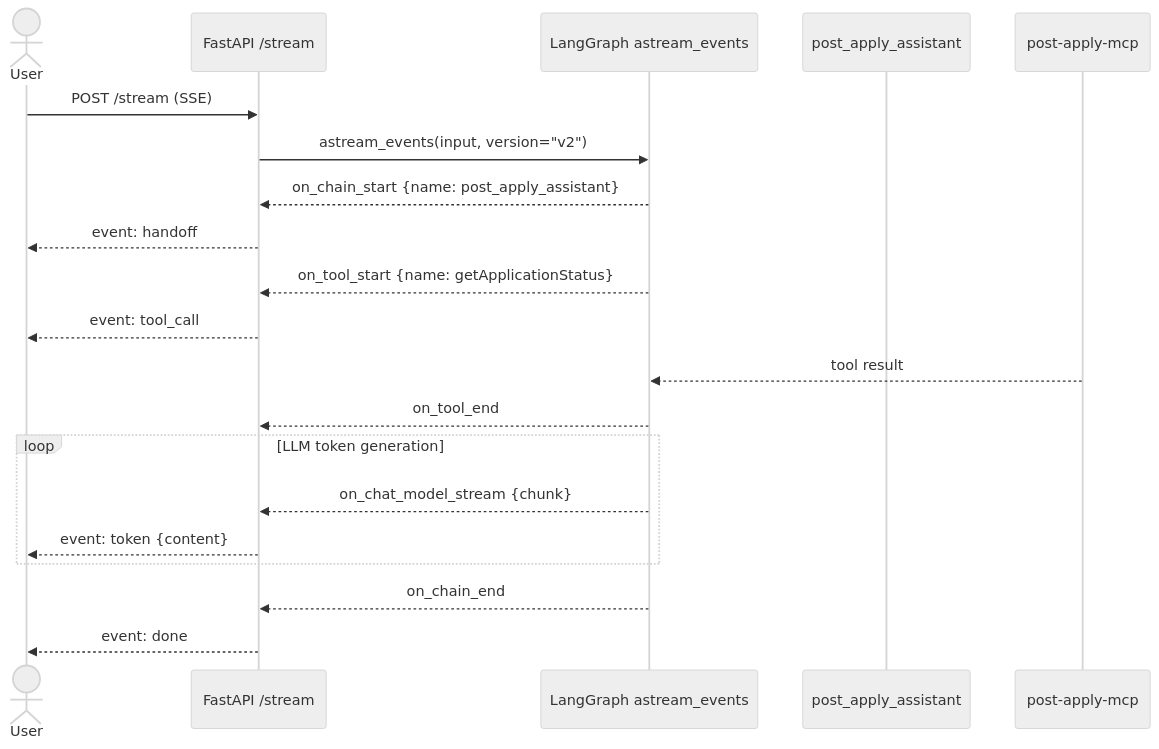
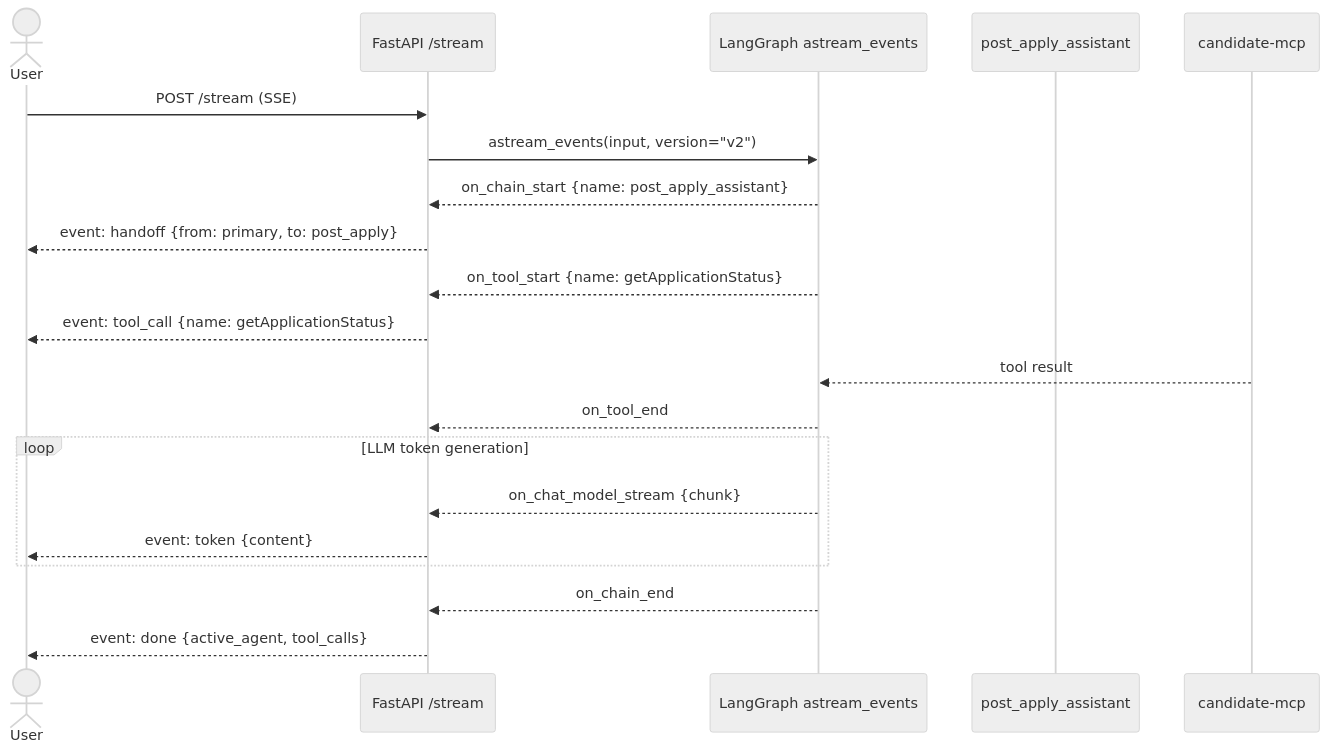
Diagram 15 of 32 in docs/post-apply-assistant-lld.md (venkat-raman17/candidate-agent), drawn with Mermaid (neutral theme) before and after one commit. The commit also changed other lines of this file, not shown here.

Commit message:
docs: update LLD for post apply assistant

````diff
--- a/docs/post-apply-assistant-lld.md
+++ b/docs/post-apply-assistant-lld.md
@@ -441,28 +751,28 @@
 ```mermaid
 sequenceDiagram
     actor User
     participant API as FastAPI /stream
     participant Graph as LangGraph astream_events
     participant PAA as post_apply_assistant
-    participant PAMCP as post-apply-mcp
+    participant CMCP as candidate-mcp
 
     User->>API: POST /stream (SSE)
     API->>Graph: astream_events(input, version="v2")
 
     Graph-->>API: on_chain_start {name: post_apply_assistant}
-    API-->>User: event: handoff
+    API-->>User: event: handoff {from: primary, to: post_apply}
 
     Graph-->>API: on_tool_start {name: getApplicationStatus}
-    API-->>User: event: tool_call
+    API-->>User: event: tool_call {name: getApplicationStatus}
 
-    PAMCP-->>Graph: tool result
+    CMCP-->>Graph: tool result
     Graph-->>API: on_tool_end
 
     loop LLM token generation
         Graph-->>API: on_chat_model_stream {chunk}
         API-->>User: event: token {content}
     end
 
     Graph-->>API: on_chain_end
-    API-->>User: event: done
+    API-->>User: event: done {active_agent, tool_calls}
 ```
````
